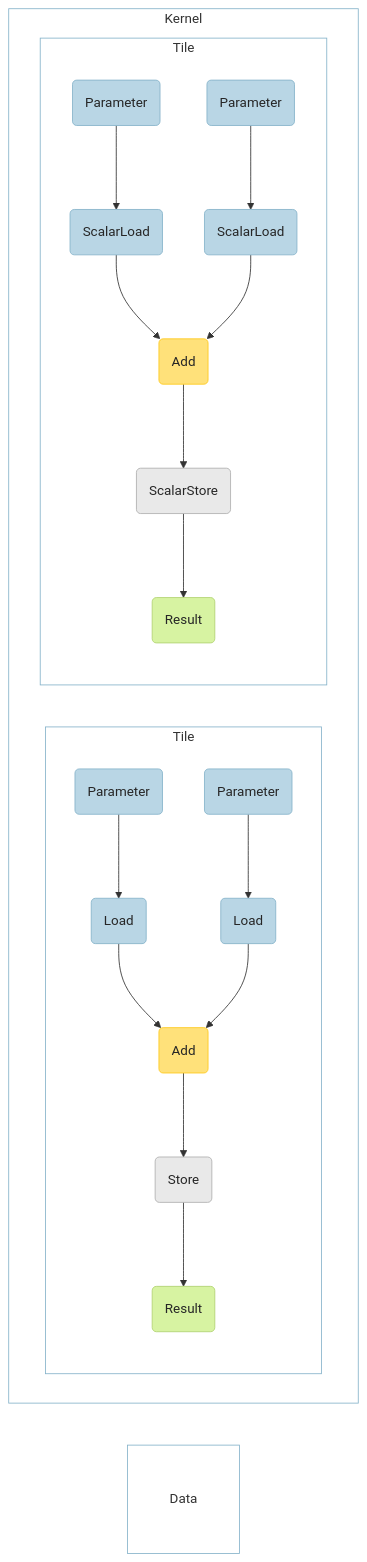
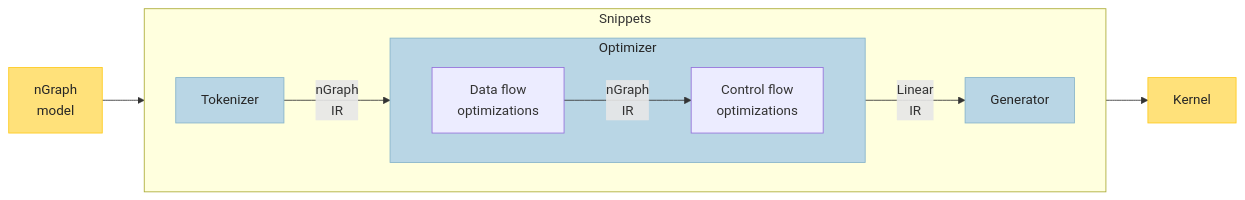
One commit to openvinotoolkit/openvino changed the seventh of 12 diagrams in src/common/snippets/docs/snippets_design_guide.md. Above: the diagram before and after it, drawn with Mermaid. The commit also changed other lines of this file and 1 other file, not shown here.

Commit message:
[Snippets] Documentation update

````diff
--- a/src/common/snippets/docs/snippets_design_guide.md
+++ b/src/common/snippets/docs/snippets_design_guide.md
@@ -208,37 +182,22 @@
 ```mermaid
-graph LR
-subgraph subgraphD1[ ]
-nodeD1(Data)
-end
-subgraph subgraphC1[Kernel]
-direction LR
-subgraph subgraphA1[Tile]
-nodeA1(Parameter) --> nodeA6(Load)
-nodeA6(Load) --> nodeA2(Add)
-nodeA3(Parameter) --> nodeA7(Load)
-nodeA7(Load) --> nodeA2(Add)
-nodeA2(Add) --> nodeA8(Store)
-nodeA8(Store) --> nodeA5(Result)
-end
-subgraph subgraphB1[Tile]
-nodeB1(Parameter) --> nodeB6(ScalarLoad)
-nodeB6(ScalarLoad) --> nodeB2(Add)
-nodeB3(Parameter) --> nodeB7(ScalarLoad)
-nodeB7(ScalarLoad) --> nodeB2(Add)
-nodeB2(Add) --> nodeB8(ScalarStore)
-nodeB8(ScalarStore) --> nodeB5(Result)
-end
-end
-classDef no-stroke fill:none,stroke-width:0px
-classDef no-bg-color fill:none,stroke-width:1px,stroke:#86B3CA
-classDef carbon1 fill:#E9E9E9, stroke: #AEAEAE, color: #262626
-classDef moss1 fill:#D7F3A2, stroke: #B1D272, color: #262626
+ graph LR
+   Source[nGraph \n model]
+   subgraph Snippets
+      direction LR
+      subgraph Optimizer[Optimizer]
+        direction LR
+        Data[Data flow \n optimizations]
+        Control[Control flow \n optimizations]
+        Data-->|nGraph \nIR|Control
+      end
+      Frontend[Tokenizer]-->|nGraph \nIR|Data
+      Control-->|Linear \nIR|Backend[Generator]
+   end
+   Source --> Frontend
+   Backend --> Executable[Kernel]
+classDef no-bg-color fill:none,stroke-width:0px
 classDef steel1 fill:#B9D6E5, stroke: #86B3CA, color: #262626
 classDef daisy1 fill:#FFE17A, stroke: #FEC91B, color: #262626
-class subgraphC1,subgraphA1,subgraphB1,subgraphD1 no-bg-color
-class nodeA2,nodeB2 daisy1
-class nodeA5,nodeB5 moss1
-class nodeA8,nodeB8 carbon1
-class nodeA1,nodeA3,nodeA6,nodeA7,nodeB1,nodeB3,nodeB6,nodeB7 steel1
-class nodeD1 no-stroke
+class Frontend,Optimizer,Backend steel1
+class Source,Executable daisy1
 ```
````
